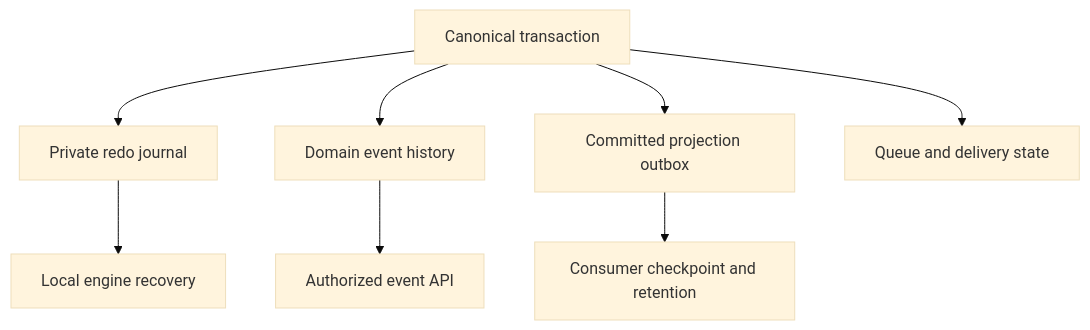
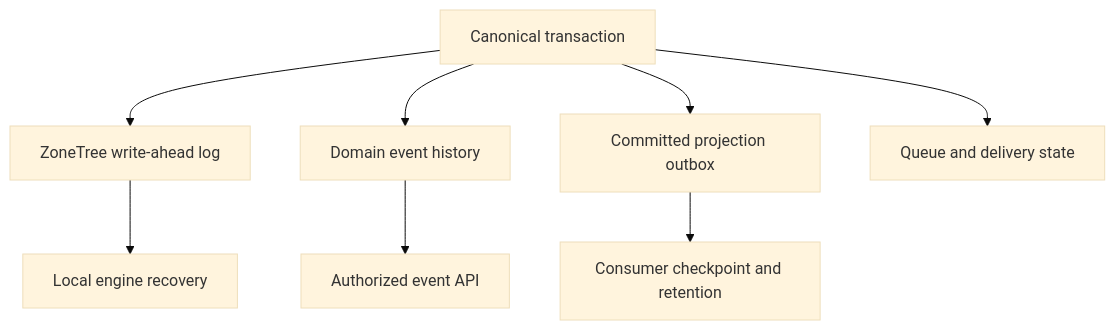
Before and after one commit to managedcode/KeyLoad: the diagram in docs/ADR/ADR-023-journal-authority.md, drawn with Mermaid (base theme). The commit also changed other lines of this file and 1072 other files, not shown here.

First line of the commit message:
Use native ZoneTree storage, snapshots and backup operations

````diff
--- a/docs/ADR/ADR-023-journal-authority.md
+++ b/docs/ADR/ADR-023-journal-authority.md
@@ -11,10 +11,10 @@
 ```mermaid
 flowchart TB
-    Mutation[Canonical transaction] --> WAL[Private redo journal]
+    Mutation[Canonical transaction] --> WAL[ZoneTree write-ahead log]
     Mutation --> Event[Domain event history]
     Mutation --> Outbox[Committed projection outbox]
     Mutation --> Queue[Queue and delivery state]
     WAL --> Recover[Local engine recovery]
     Event --> Public[Authorized event API]
     Outbox --> Projection[Consumer checkpoint and retention]
 ```
````
